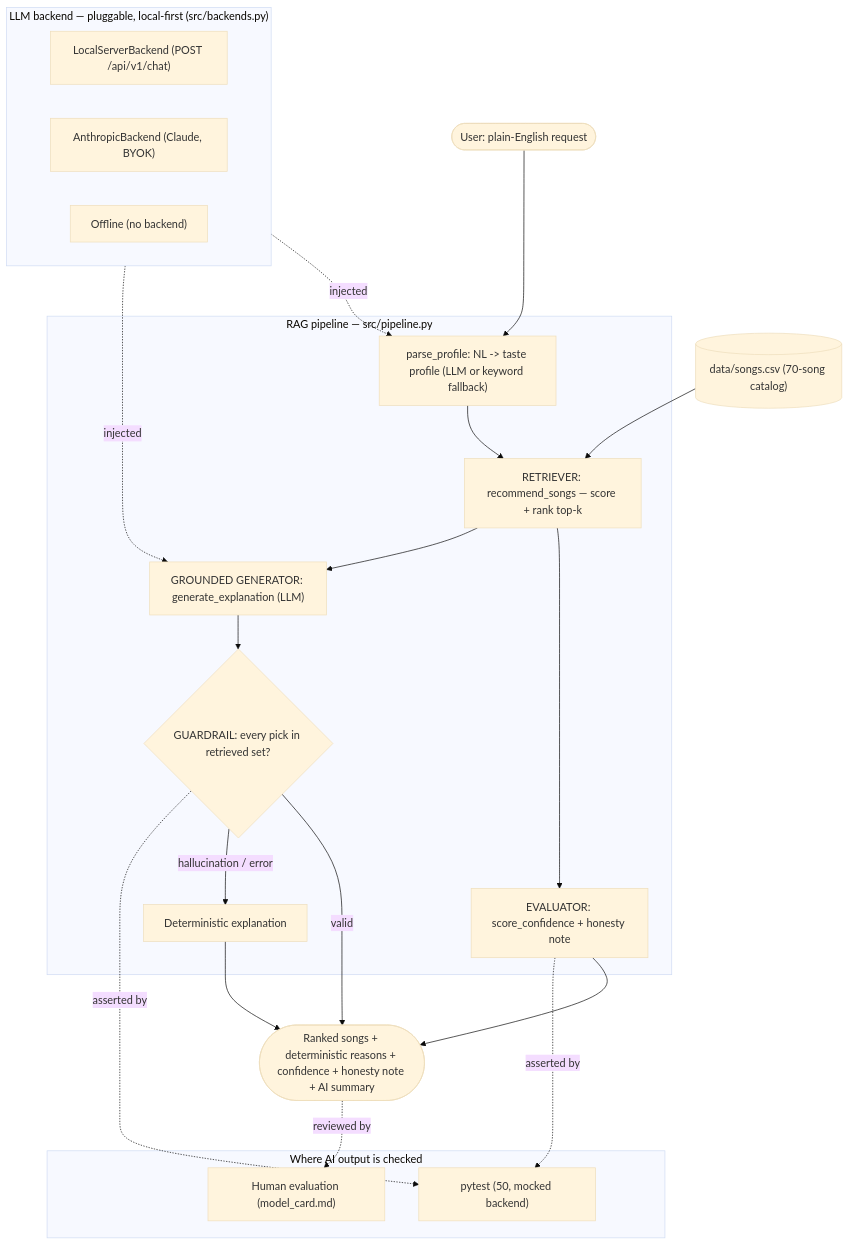
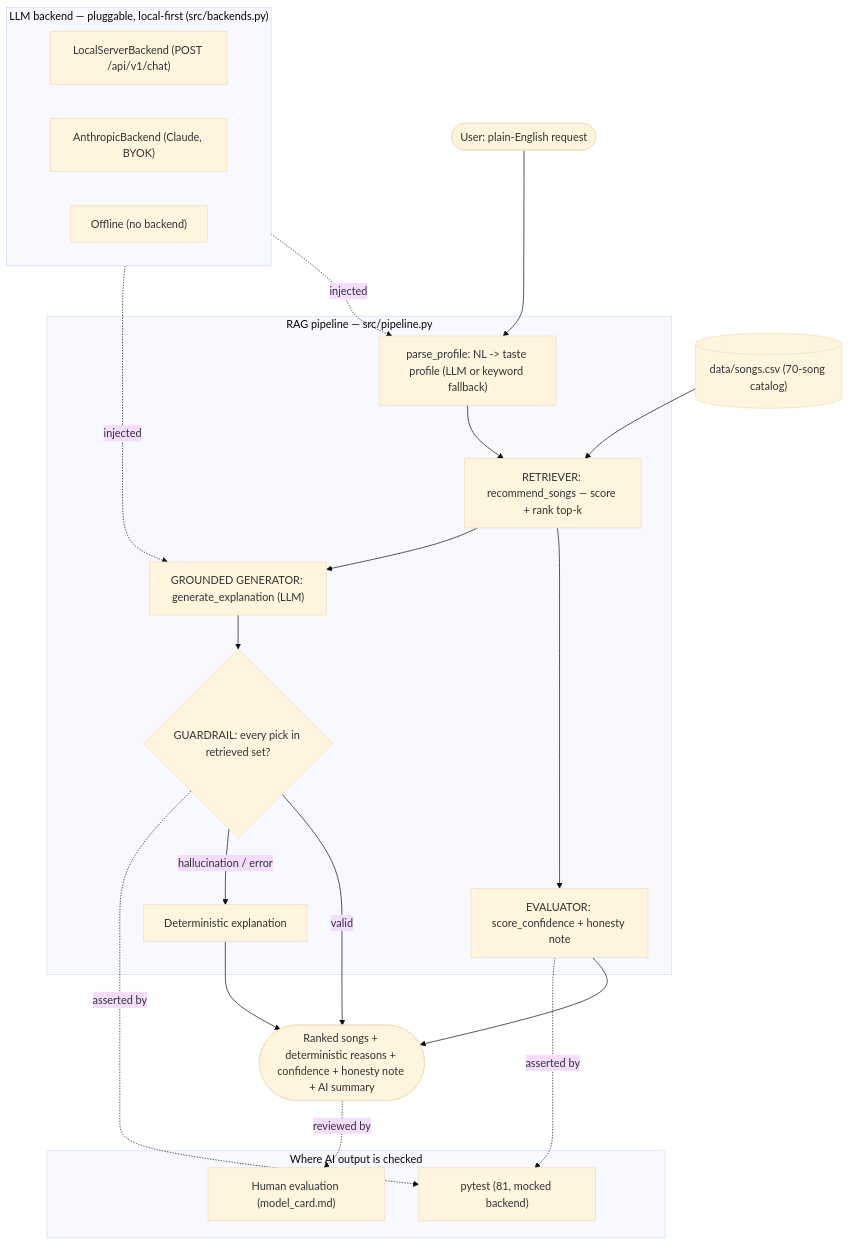
The diagram in README.md (alienesgoktas/Applied-AI-System-Project), drawn with Mermaid (base theme) before and after one commit. The commit also changed other lines of this file and 2 other files, not shown here.

````diff
--- a/README.md
+++ b/README.md
@@ -50,41 +50,41 @@
 ```mermaid
 flowchart TB
     USER([User: plain-English request])
     OUT([Ranked songs + deterministic reasons + confidence + honesty note + AI summary])
     CSV[("data/songs.csv (70-song catalog)")]
 
     subgraph Backends["LLM backend — pluggable, local-first (src/backends.py)"]
         LOCAL["LocalServerBackend (POST /api/v1/chat)"]
         ANTH["AnthropicBackend (Claude, BYOK)"]
         OFFB["Offline (no backend)"]
     end
 
     subgraph Core["RAG pipeline — src/pipeline.py"]
         PARSE["parse_profile: NL -> taste profile (LLM or keyword fallback)"]
         RETR["RETRIEVER: recommend_songs — score + rank top-k"]
         GEN["GROUNDED GENERATOR: generate_explanation (LLM)"]
         GUARD{"GUARDRAIL: every pick in retrieved set?"}
         DET["Deterministic explanation"]
         CONF["EVALUATOR: score_confidence + honesty note"]
     end
 
     subgraph Checks["Where AI output is checked"]
-        TESTS["pytest (50, mocked backend)"]
+        TESTS["pytest (81, mocked backend)"]
         HUMAN["Human evaluation (model_card.md)"]
     end
 
     USER --> PARSE
     Backends -. injected .-> PARSE
     Backends -. injected .-> GEN
     CSV --> RETR
     PARSE --> RETR
     RETR --> CONF
     RETR --> GEN
     GEN --> GUARD
     GUARD -- valid --> OUT
     GUARD -- "hallucination / error" --> DET --> OUT
     CONF --> OUT
     GUARD -. asserted by .-> TESTS
     CONF -. asserted by .-> TESTS
     OUT -. reviewed by .-> HUMAN
 ```
````
